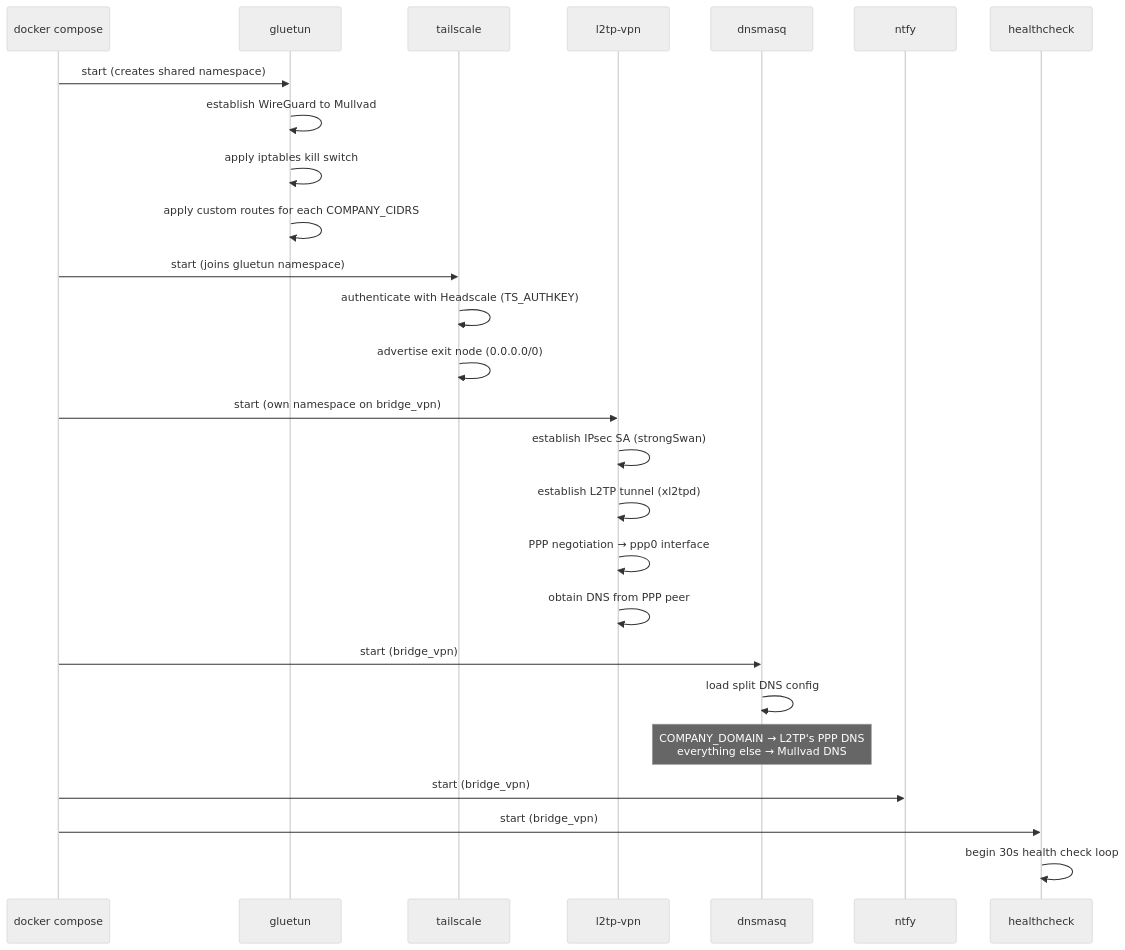
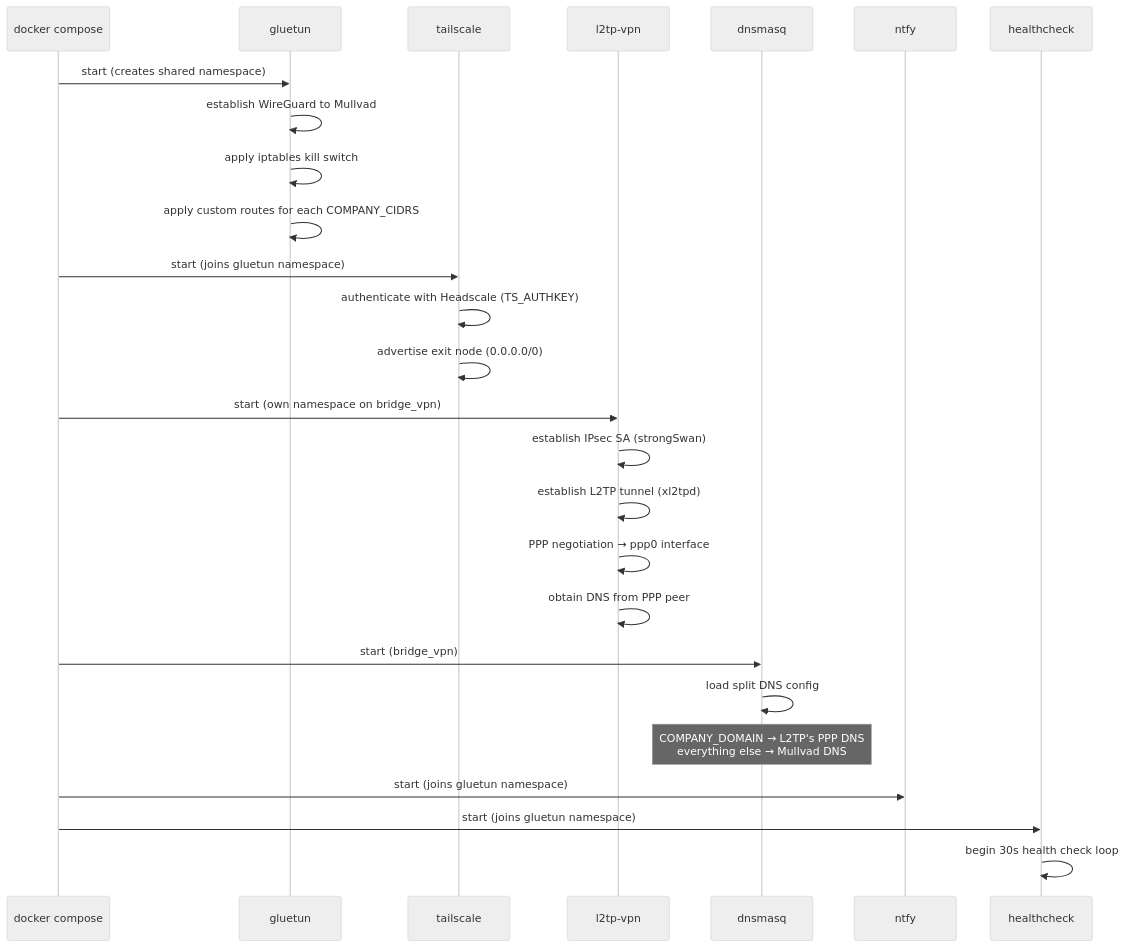
Before and after one commit to povesma/vpn-meshgate: the first of 5 diagrams in tasks/VPN-001-tailscale-exit-node-vpn-router/2026-03-17-VPN-001-tailscale-exit-node-vpn-router-tech-design.md, drawn with Mermaid (neutral theme). The commit also changed other lines of this file and 11 other files, not shown here.

````diff
--- a/tasks/VPN-001-tailscale-exit-node-vpn-router/2026-03-17-VPN-001-tailscale-exit-node-vpn-router-tech-design.md
+++ b/tasks/VPN-001-tailscale-exit-node-vpn-router/2026-03-17-VPN-001-tailscale-exit-node-vpn-router-tech-design.md
@@ -131,33 +134,33 @@
 ```mermaid
 sequenceDiagram
     participant DC as docker compose
     participant GL as gluetun
     participant TS as tailscale
     participant L2 as l2tp-vpn
     participant DNS as dnsmasq
     participant NT as ntfy
     participant HC as healthcheck
 
     DC->>GL: start (creates shared namespace)
     GL->>GL: establish WireGuard to Mullvad
     GL->>GL: apply iptables kill switch
     GL->>GL: apply custom routes for each COMPANY_CIDRS
 
     DC->>TS: start (joins gluetun namespace)
     TS->>TS: authenticate with Headscale (TS_AUTHKEY)
     TS->>TS: advertise exit node (0.0.0.0/0)
 
     DC->>L2: start (own namespace on bridge_vpn)
     L2->>L2: establish IPsec SA (strongSwan)
     L2->>L2: establish L2TP tunnel (xl2tpd)
     L2->>L2: PPP negotiation → ppp0 interface
     L2->>L2: obtain DNS from PPP peer
 
     DC->>DNS: start (bridge_vpn)
     DNS->>DNS: load split DNS config
     Note over DNS: COMPANY_DOMAIN → L2TP's PPP DNS<br/>everything else → Mullvad DNS
 
-    DC->>NT: start (bridge_vpn)
-    DC->>HC: start (bridge_vpn)
+    DC->>NT: start (joins gluetun namespace)
+    DC->>HC: start (joins gluetun namespace)
     HC->>HC: begin 30s health check loop
 ```
````
